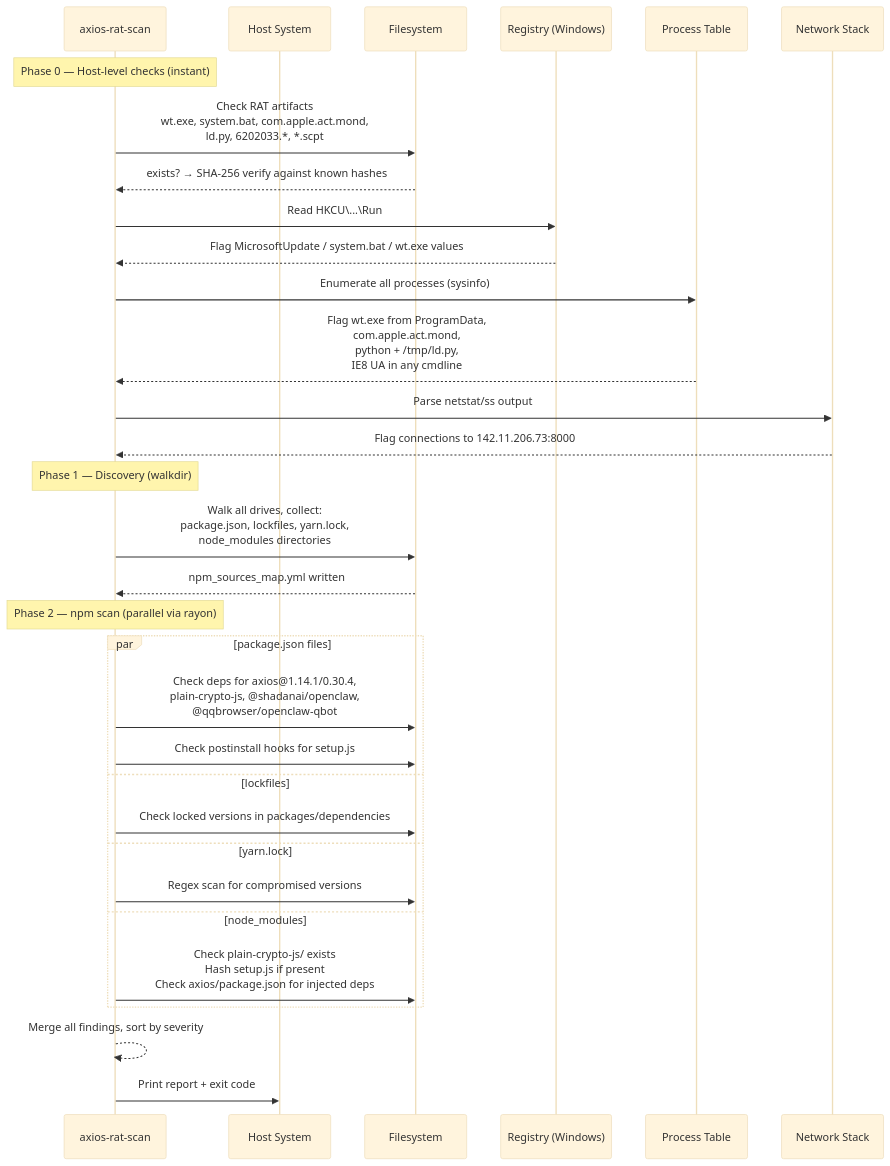
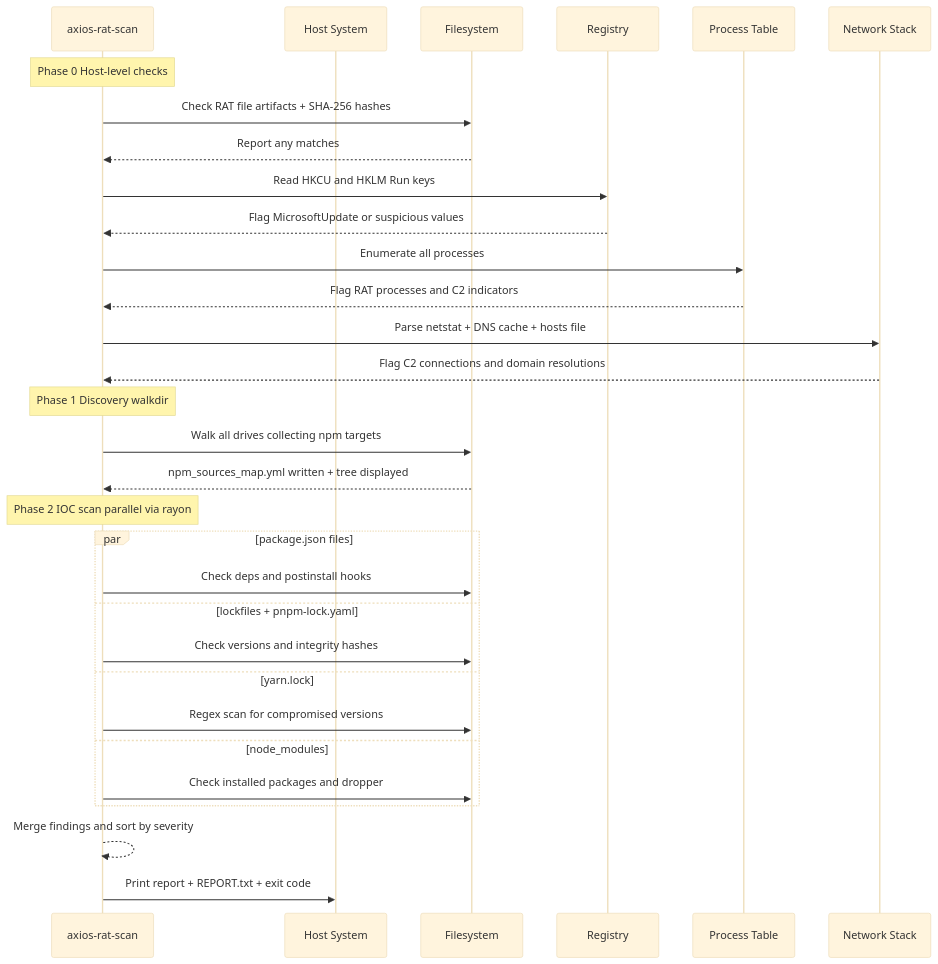
The sixth of 6 diagrams in ATTACK_FLOW.md (brianclaridge/.axios-rat-helper), drawn with Mermaid (base theme) before and after one commit. The commit also changed other lines of this file, not shown here.

First line of the commit message:
Fix mermaid diagram rendering on GitHub

````diff
--- a/ATTACK_FLOW.md
+++ b/ATTACK_FLOW.md
@@ -235,44 +241,43 @@
 ```mermaid
 sequenceDiagram
     participant Scanner as axios-rat-scan
     participant Host as Host System
     participant FS as Filesystem
-    participant Reg as Registry (Windows)
+    participant Reg as Registry
     participant Proc as Process Table
     participant Net as Network Stack
 
-    Note over Scanner: Phase 0 — Host-level checks (instant)
+    Note over Scanner: Phase 0 Host-level checks
 
-    Scanner->>FS: Check RAT artifacts<br/>wt.exe, system.bat, com.apple.act.mond,<br/>ld.py, 6202033.*, *.scpt
-    FS-->>Scanner: exists? → SHA-256 verify against known hashes
+    Scanner->>FS: Check RAT file artifacts + SHA-256 hashes
+    FS-->>Scanner: Report any matches
 
-    Scanner->>Reg: Read HKCU\...\Run
-    Reg-->>Scanner: Flag MicrosoftUpdate / system.bat / wt.exe values
+    Scanner->>Reg: Read HKCU and HKLM Run keys
+    Reg-->>Scanner: Flag MicrosoftUpdate or suspicious values
 
-    Scanner->>Proc: Enumerate all processes (sysinfo)
-    Proc-->>Scanner: Flag wt.exe from ProgramData,<br/>com.apple.act.mond,<br/>python + /tmp/ld.py,<br/>IE8 UA in any cmdline
+    Scanner->>Proc: Enumerate all processes
+    Proc-->>Scanner: Flag RAT processes and C2 indicators
 
-    Scanner->>Net: Parse netstat/ss output
-    Net-->>Scanner: Flag connections to 142.11.206.73:8000
+    Scanner->>Net: Parse netstat + DNS cache + hosts file
+    Net-->>Scanner: Flag C2 connections and domain resolutions
 
-    Note over Scanner: Phase 1 — Discovery (walkdir)
+    Note over Scanner: Phase 1 Discovery walkdir
 
-    Scanner->>FS: Walk all drives, collect:<br/>package.json, lockfiles, yarn.lock,<br/>node_modules directories
-    FS-->>Scanner: npm_sources_map.yml written
+    Scanner->>FS: Walk all drives collecting npm targets
+    FS-->>Scanner: npm_sources_map.yml written + tree displayed
 
-    Note over Scanner: Phase 2 — npm scan (parallel via rayon)
+    Note over Scanner: Phase 2 IOC scan parallel via rayon
 
     par package.json files
-        Scanner->>FS: Check deps for axios@1.14.1/0.30.4,<br/>plain-crypto-js, @shadanai/openclaw,<br/>@qqbrowser/openclaw-qbot
-        Scanner->>FS: Check postinstall hooks for setup.js
-    and lockfiles
-        Scanner->>FS: Check locked versions in packages/dependencies
+        Scanner->>FS: Check deps and postinstall hooks
+    and lockfiles + pnpm-lock.yaml
+        Scanner->>FS: Check versions and integrity hashes
     and yarn.lock
         Scanner->>FS: Regex scan for compromised versions
     and node_modules
-        Scanner->>FS: Check plain-crypto-js/ exists<br/>Hash setup.js if present<br/>Check axios/package.json for injected deps
+        Scanner->>FS: Check installed packages and dropper
     end
 
-    Scanner-->>Scanner: Merge all findings, sort by severity
-    Scanner->>Host: Print report + exit code
+    Scanner-->>Scanner: Merge findings and sort by severity
+    Scanner->>Host: Print report + REPORT.txt + exit code
 ```
````
